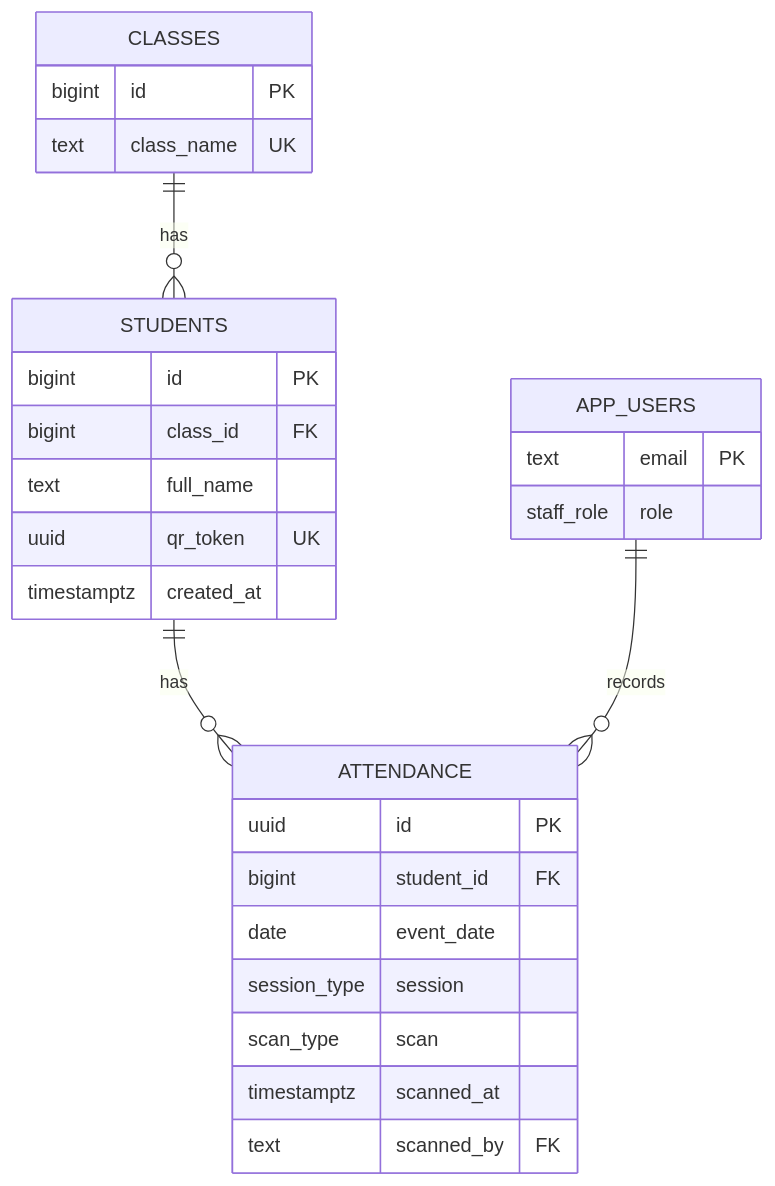
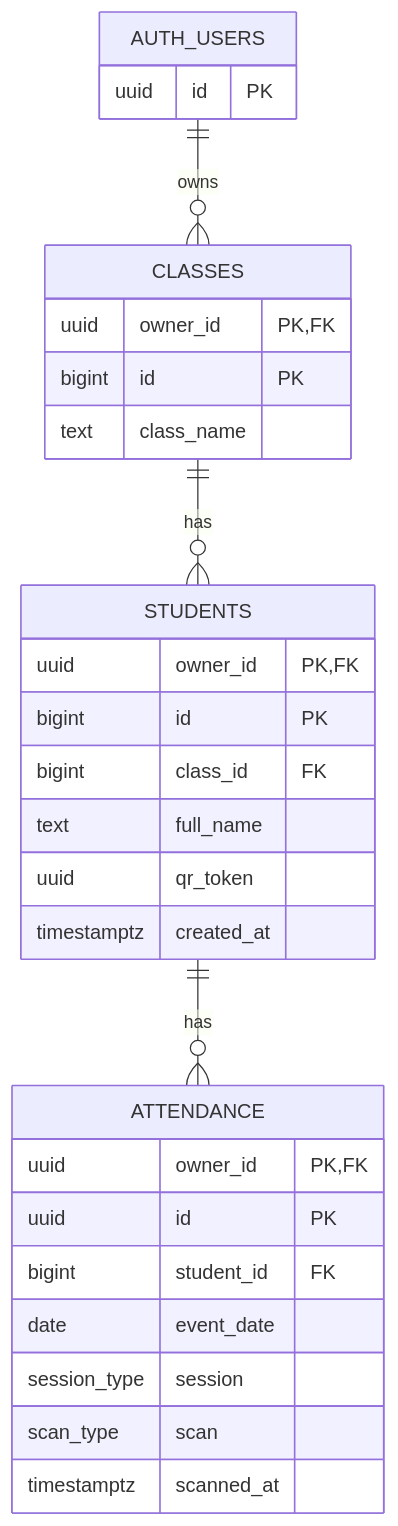
One commit to Basher-kap/qr-attendance changed the diagram in docs/database.md. Above: the diagram before and after it, drawn with Mermaid. The commit also changed other lines of this file and 7 other files, not shown here.

````diff
--- a/docs/database.md
+++ b/docs/database.md
@@ -5,31 +5,32 @@
 ```mermaid
 erDiagram
+  AUTH_USERS ||--o{ CLASSES : owns
   CLASSES ||--o{ STUDENTS : has
   STUDENTS ||--o{ ATTENDANCE : has
-  APP_USERS ||--o{ ATTENDANCE : records
 
+  AUTH_USERS {
+    uuid id PK
+  }
   CLASSES {
+    uuid owner_id PK, FK
     bigint id PK
-    text class_name UK
+    text class_name
   }
   STUDENTS {
+    uuid owner_id PK, FK
     bigint id PK
     bigint class_id FK
     text full_name
-    uuid qr_token UK
+    uuid qr_token
     timestamptz created_at
   }
   ATTENDANCE {
+    uuid owner_id PK, FK
     uuid id PK
     bigint student_id FK
     date event_date
     session_type session
     scan_type scan
     timestamptz scanned_at
-    text scanned_by FK
-  }
-  APP_USERS {
-    text email PK
-    staff_role role
   }
 ```
````
